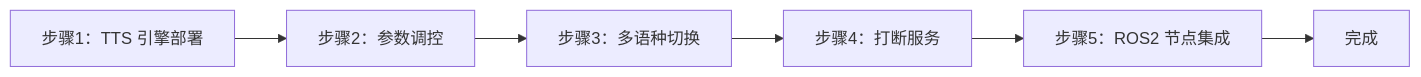
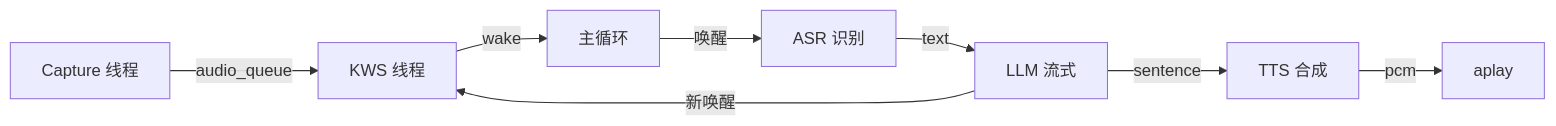
One commit to aibittek/course_generate_agent changed the diagram in courses/sheet1/speech_practice/_parts/experiment-4.md. Above: the diagram before and after it, drawn with Mermaid. The commit also changed other lines of this file and 13 other files, not shown here.

````diff
--- a/courses/sheet1/speech_practice/_parts/experiment-4.md
+++ b/courses/sheet1/speech_practice/_parts/experiment-4.md
@@ -58,8 +56,10 @@
 ```mermaid
 graph LR
-    A[步骤1：TTS 引擎部署] --> B[步骤2：参数调控]
-    B --> C[步骤3：多语种切换]
-    C --> D[步骤4：打断服务]
-    D --> E[步骤5：ROS2 节点集成]
-    E --> F[完成]
+    A[Capture 线程] -->|audio_queue| B[KWS 线程]
+    B -->|wake| C[主循环]
+    C -->|唤醒| D[ASR 识别]
+    D -->|text| E[LLM 流式]
+    E -->|sentence| F[TTS 合成]
+    F -->|pcm| G[aplay]
+    E -->|新唤醒| B
 ```
````
